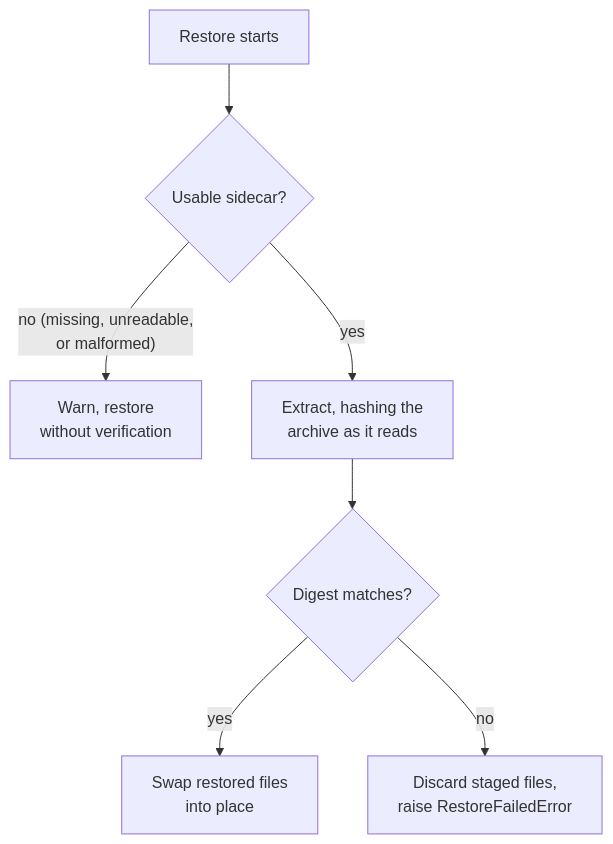
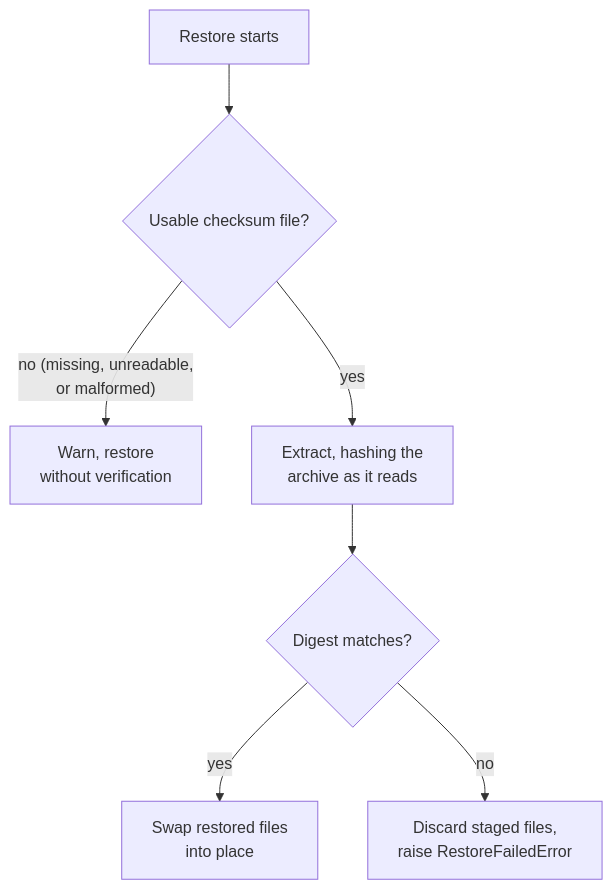
The diagram in docs/concepts/checksums.md (natelandau/ezbak), drawn with Mermaid before and after one commit. The commit also changed other lines of this file and 28 other files, not shown here.

````diff
--- a/docs/concepts/checksums.md
+++ b/docs/concepts/checksums.md
@@ -61,9 +55,9 @@
 ```mermaid
 graph TD
-  R["Restore starts"] --> Q{"Usable sidecar?"}
+  R["Restore starts"] --> Q{"Usable checksum file?"}
   Q -->|"no (missing, unreadable,<br/>or malformed)"| W["Warn, restore<br/>without verification"]
   Q -->|yes| H["Extract, hashing the<br/>archive as it reads"]
   H --> C{"Digest matches?"}
   C -->|yes| OK["Swap restored files<br/>into place"]
   C -->|no| F["Discard staged files,<br/>raise RestoreFailedError"]
 ```
````
